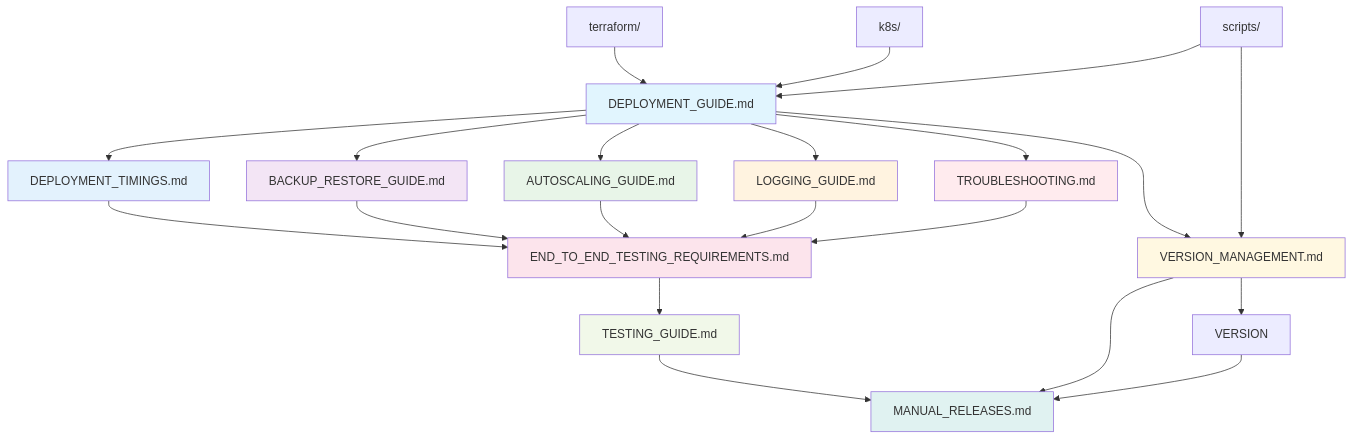
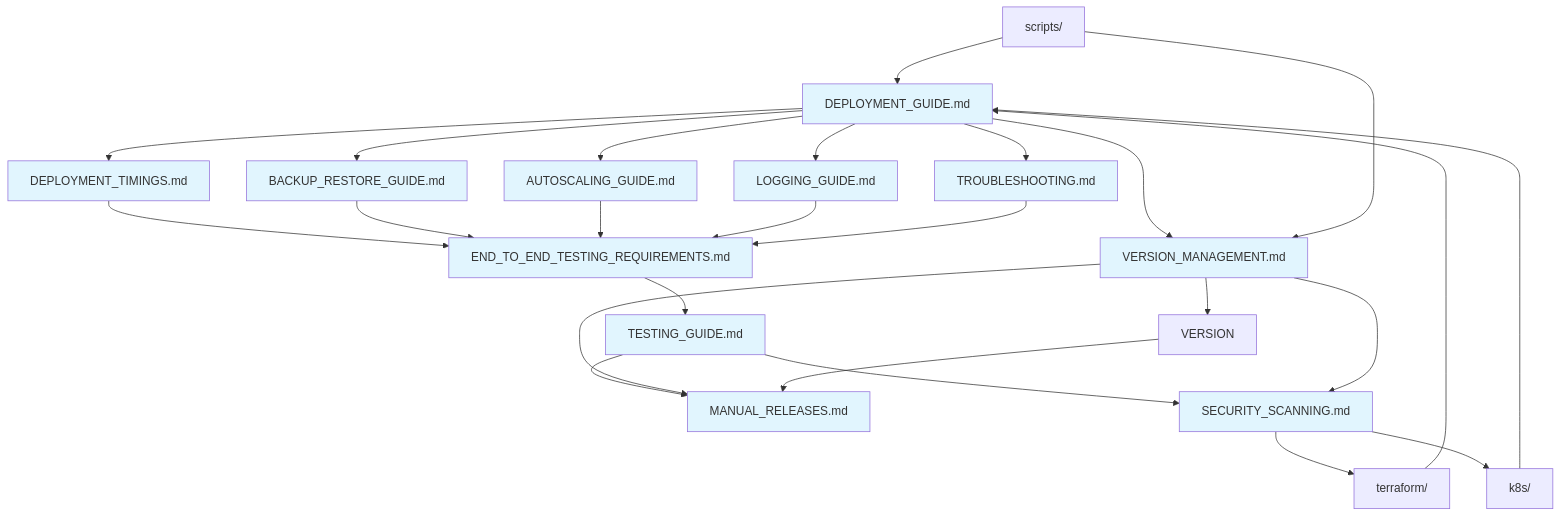
One commit to Jmevorach/openemr-on-eks changed the diagram in docs/README.md. Above: the diagram before and after it, drawn with Mermaid. The commit also changed other lines of this file and 36 other files, not shown here.

````diff
--- a/docs/README.md
+++ b/docs/README.md
@@ -55,38 +57,44 @@
 ```mermaid
 graph TD
     A[DEPLOYMENT_GUIDE.md] --> A1[DEPLOYMENT_TIMINGS.md]
     A --> B[BACKUP_RESTORE_GUIDE.md]
     A --> C[AUTOSCALING_GUIDE.md]
     A --> D[LOGGING_GUIDE.md]
     A --> E[TROUBLESHOOTING.md]
 
     A1 --> F[END_TO_END_TESTING_REQUIREMENTS.md]
     B --> F
     C --> F
     D --> F
     E --> F
 
     F --> G[TESTING_GUIDE.md]
     G --> H[MANUAL_RELEASES.md]
+    G --> S[SECURITY_SCANNING.md]
 
     A --> M[VERSION_MANAGEMENT.md]
     M --> H
     M --> I[VERSION]
+    M --> S
     L[scripts/] --> M
 
     I --> H
     J[terraform/] --> A
     K[k8s/] --> A
     L[scripts/] --> A
 
+    S --> J
+    S --> K
+
     style A fill:#e1f5fe
-    style A1 fill:#e3f2fd
-    style B fill:#f3e5f5
-    style C fill:#e8f5e8
-    style D fill:#fff3e0
-    style E fill:#ffebee
-    style F fill:#fce4ec
-    style G fill:#f1f8e9
-    style H fill:#e0f2f1
-    style M fill:#fff8e1
+    style A1 fill:#e1f5fe
+    style B fill:#e1f5fe
+    style C fill:#e1f5fe
+    style D fill:#e1f5fe
+    style E fill:#e1f5fe
+    style F fill:#e1f5fe
+    style G fill:#e1f5fe
+    style H fill:#e1f5fe
+    style M fill:#e1f5fe
+    style S fill:#e1f5fe
 ```
````
